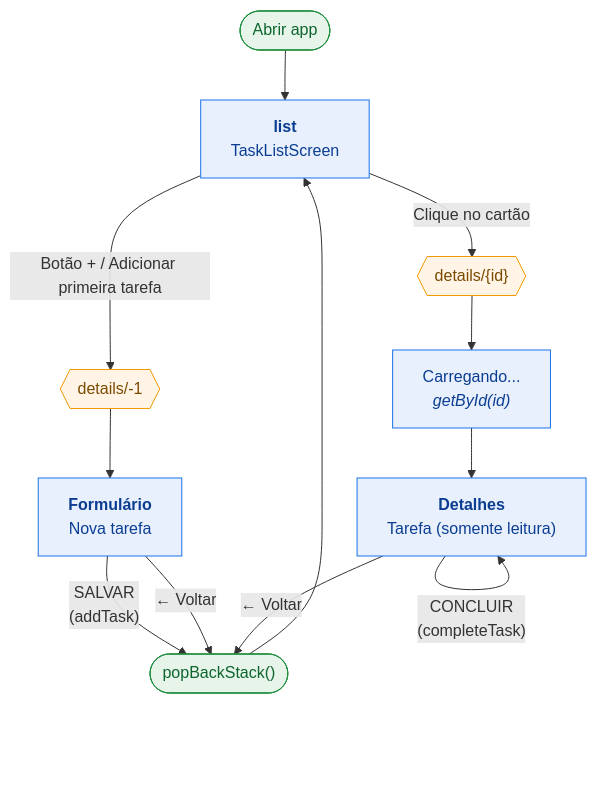
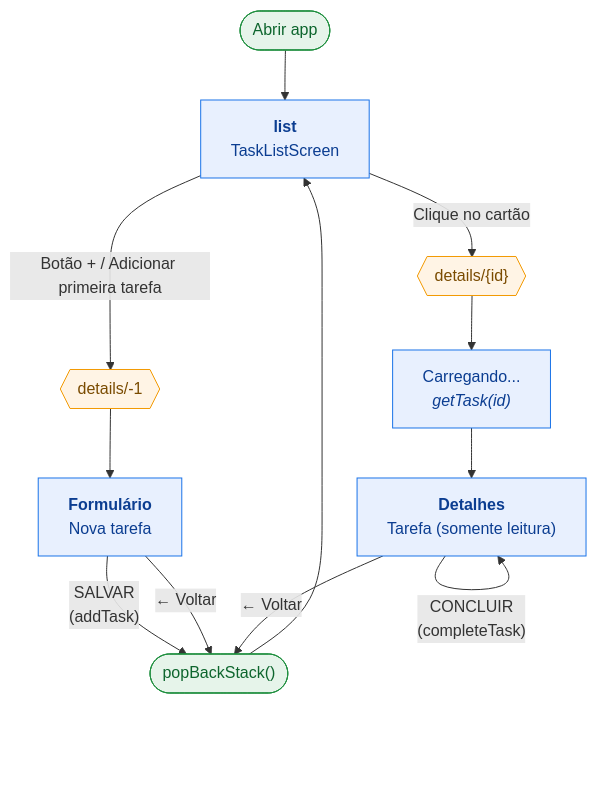
Before and after one commit to luizzii/UniDo: the diagram in README.md, drawn with Mermaid. The commit also changed other lines of this file and 22 other files, not shown here.

````diff
--- a/README.md
+++ b/README.md
@@ -286,25 +310,25 @@
 ```mermaid
 flowchart TD
     Start([Abrir app]) --> List["<b>list</b><br/>TaskListScreen"]
 
     List -- "Botão + / Adicionar primeira tarefa" --> NewRoute{{"details/-1"}}
     List -- "Clique no cartão" --> DetailRoute{{"details/{id}"}}
 
     NewRoute --> Form["<b>Formulário</b><br/>Nova tarefa"]
-    DetailRoute --> Loading["Carregando...<br/><i>getById(id)</i>"]
+    DetailRoute --> Loading["Carregando...<br/><i>getTask(id)</i>"]
     Loading --> Details["<b>Detalhes</b><br/>Tarefa (somente leitura)"]
 
     Form -- "SALVAR<br/>(addTask)" --> Back(["popBackStack()"])
     Form -- "← Voltar" --> Back
     Details -- "← Voltar" --> Back
     Details -- "CONCLUIR<br/>(completeTask)" --> Details
 
     Back --> List
 
     classDef screen fill:#E8F0FE,stroke:#1A73E8,color:#0B3D91
     classDef route fill:#FFF4E5,stroke:#F29900,color:#7A4B00
     classDef action fill:#E6F4EA,stroke:#1E8E3E,color:#0D652D
     class List,Form,Details,Loading screen
     class NewRoute,DetailRoute route
     class Start,Back action
 ```
````
